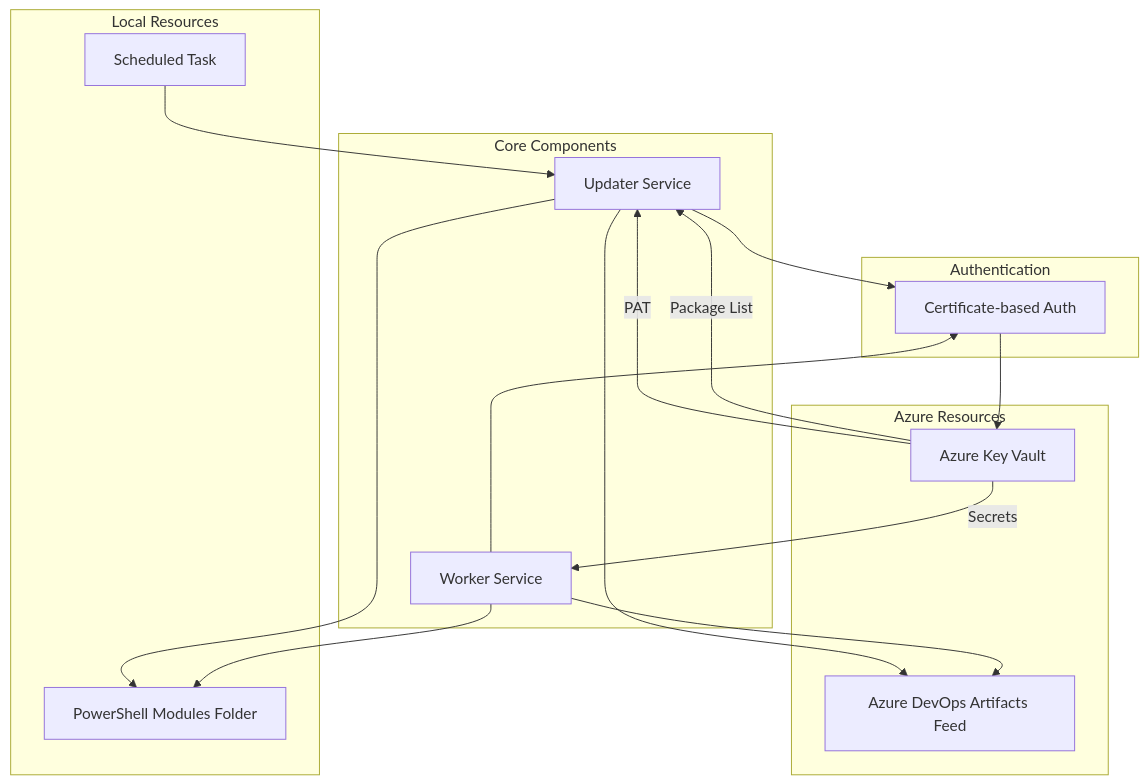
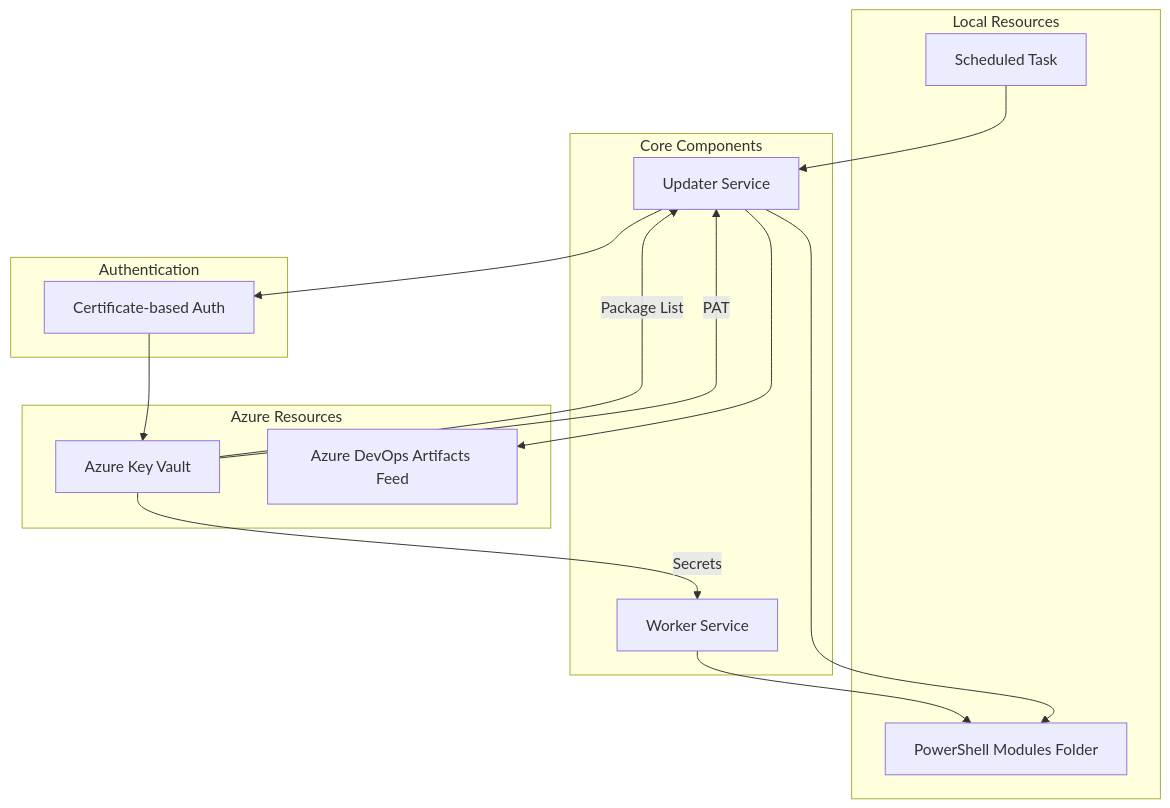
The diagram in ArchitecturePlanned.md (dedbit/OrchestratorPsh), drawn with Mermaid before and after one commit.

Commit message:
refactor(Architecture): 📝 Remove redundant connections in system architecture diagram for clarity

````diff
--- a/ArchitecturePlanned.md
+++ b/ArchitecturePlanned.md
@@ -11,34 +11,32 @@
 ```Mermaid
     graph TD
     subgraph "Core Components"
         U[Updater Service] 
         W[Worker Service]
     end
     
     subgraph "Authentication"
         C[Certificate-based Auth]
     end
     
     subgraph "Azure Resources"
         KV[Azure Key Vault]
         ADO[Azure DevOps Artifacts Feed]
     end
     
     subgraph "Local Resources"
         PS[PowerShell Modules Folder]
         S[Scheduled Task]
     end
     
     S --> U
     U --> C
-    W --> C
     C --> KV
     KV -->|PAT| U
     KV -->|Package List| U
     KV -->|Secrets| W
     U --> ADO
     U --> PS
     W --> PS
-    W --> ADO
 
 ```
````
